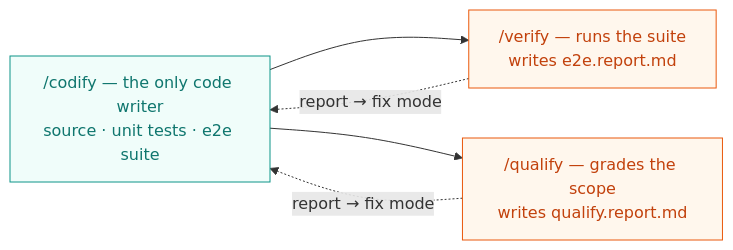
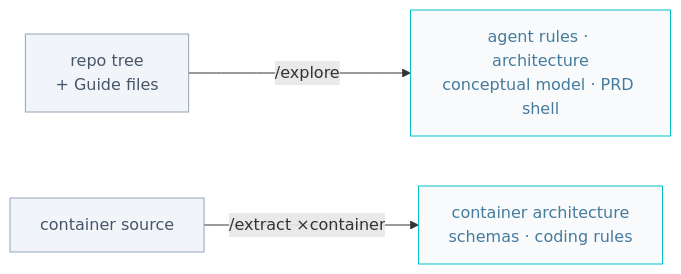
Before and after one commit to AIDDbot/AIDDbot: the second of 4 diagrams in docs/AIDD.workflow.md, drawn with Mermaid. The commit also changed other lines of this file and 2 other files, not shown here.

````diff
--- a/docs/AIDD.workflow.md
+++ b/docs/AIDD.workflow.md
@@ -20,14 +51,8 @@
 ```mermaid
 flowchart LR
-  classDef wr fill:#f0fdfa,stroke:#0d9488,color:#0f766e
-  classDef ev fill:#fff7ed,stroke:#ea580c,color:#c2410c
+  classDef nd fill:#f8fafc,stroke:#00c4cc,color:#457b9d
+  classDef in fill:#f1f5f9,stroke:#94a3b8,color:#475569
 
-  COD["/codify — the only code writer<br/>source · unit tests · e2e suite"]:::wr
-  VER["/verify — runs the suite<br/>writes e2e.report.md"]:::ev
-  QLF["/qualify — grades the scope<br/>writes qualify.report.md"]:::ev
-
-  COD --> VER
-  COD --> QLF
-  VER -.report → fix mode.-> COD
-  QLF -.report → fix mode.-> COD
+  TREE["repo tree<br/>+ Guide files"]:::in -->|/explore| SYS["agent rules · architecture<br/>conceptual model · PRD shell"]:::nd
+  SRC["container source"]:::in -->|"/extract ×container"| DET["container architecture<br/>schemas · coding rules"]:::nd
 ```
````
